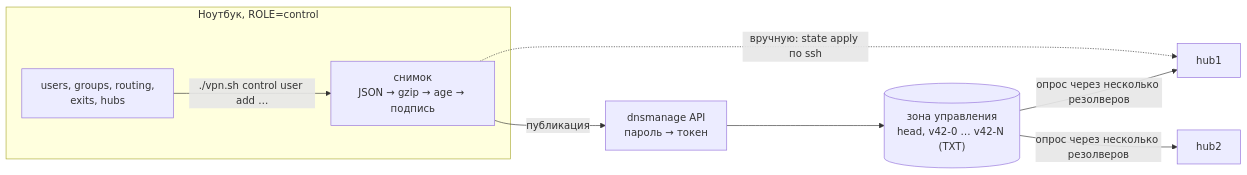
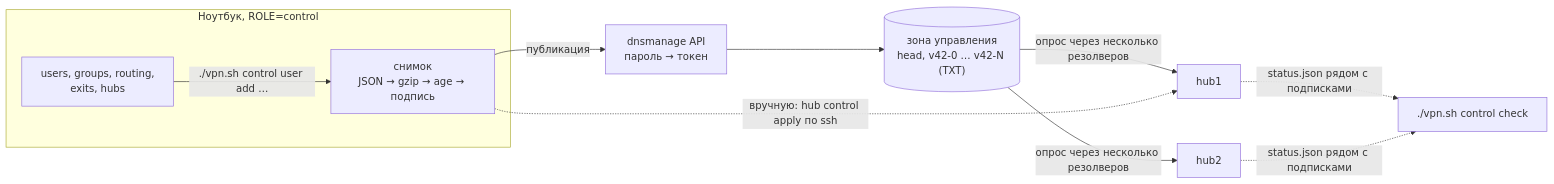
One commit to Dx-by-Dy/custom-vpn changed the fifth of 7 diagrams in ARCHITECTURE.md. Above: the diagram before and after it, drawn with Mermaid. The commit also changed other lines of this file and 4 other files, not shown here.

Commit message:
Docs up to date: TODO only what's left, ARCHITECTURE describes what works (exit choice, status and control check, SNI of the hub's domain, several control domains), no infrastructure details in the public docs

````diff
--- a/ARCHITECTURE.md
+++ b/ARCHITECTURE.md
@@ -162,15 +166,16 @@
 ```mermaid
 flowchart LR
   subgraph laptop["Ноутбук, ROLE=control"]
     conf["users, groups, routing,<br/>exits, hubs"]
     snap["снимок<br/>JSON → gzip → age → подпись"]
     conf -- "./vpn.sh control user add …" --> snap
   end
   api["dnsmanage API<br/>пароль → токен"]
   zone[("зона управления<br/>head, v42-0 … v42-N (TXT)")]
   snap -- "публикация" --> api --> zone
   zone -- "опрос через несколько резолверов" --> hub1 & hub2
-  snap -. "вручную: state apply по ssh" .-> hub1
+  snap -. "вручную: hub control apply по ssh" .-> hub1
   hub1["hub1"]
   hub2["hub2"]
+  hub1 & hub2 -. "status.json рядом с подписками" .-> check["./vpn.sh control check"]
 ```
````
